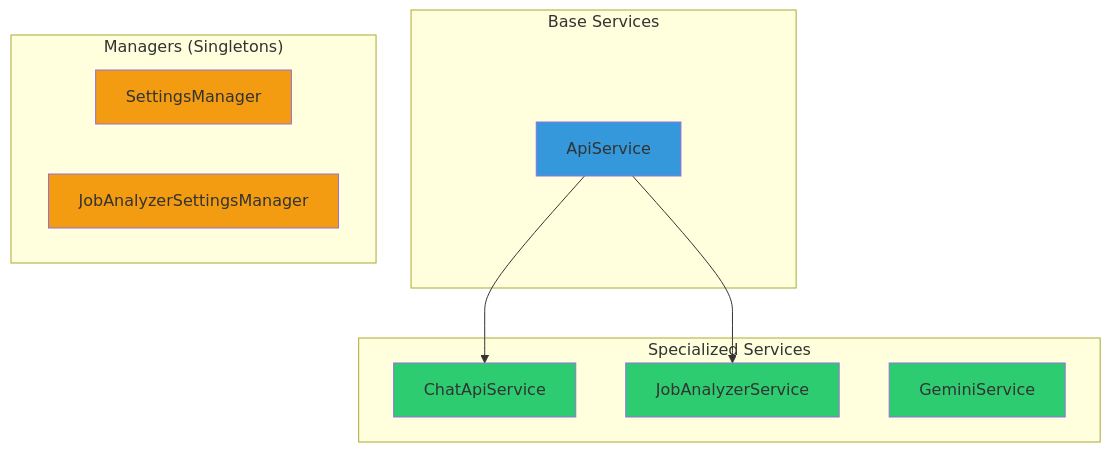
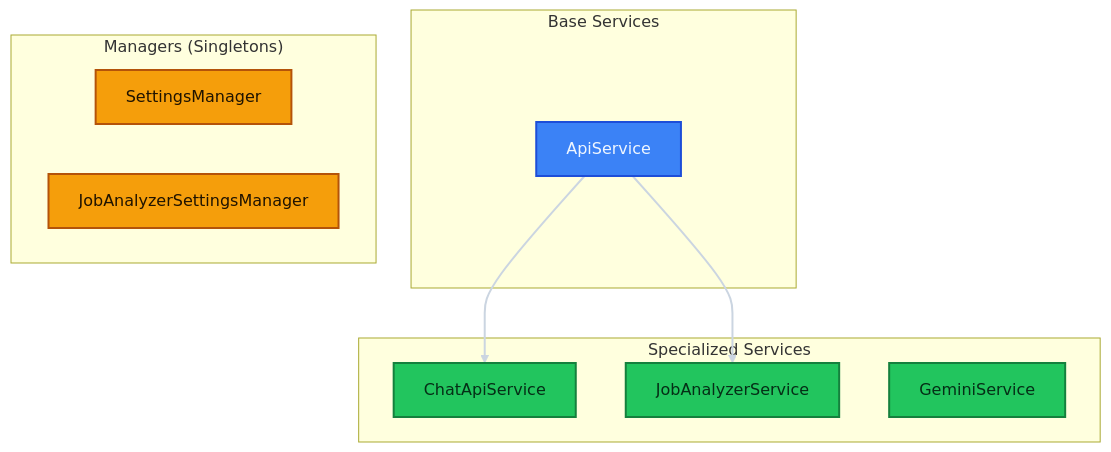
The first of 4 diagrams in docs/SERVICES.md (Xeze-org/Anie-Frontend), drawn with Mermaid before and after one commit. The commit also changed 5 other files, not shown here.

Commit message:
Update documentation styles across architecture, components, hooks, repositories, and services

````diff
--- a/docs/SERVICES.md
+++ b/docs/SERVICES.md
@@ -14,27 +14,28 @@
 ```mermaid
 graph TB
     subgraph "Base Services"
         A[ApiService]
     end
     
     subgraph "Specialized Services"
         B[ChatApiService]
         C[JobAnalyzerService]
         D[GeminiService]
     end
     
     subgraph "Managers (Singletons)"
         E[SettingsManager]
         F[JobAnalyzerSettingsManager]
     end
     
     A --> B
     A --> C
     
-    style A fill:#3498db
-    style B fill:#2ecc71
-    style C fill:#2ecc71
-    style D fill:#2ecc71
-    style E fill:#f39c12
-    style F fill:#f39c12
+    style A fill:#3b82f6,stroke:#1d4ed8,stroke-width:2px,color:#eff6ff
+    style B fill:#22c55e,stroke:#15803d,stroke-width:2px,color:#052e16
+    style C fill:#22c55e,stroke:#15803d,stroke-width:2px,color:#052e16
+    style D fill:#22c55e,stroke:#15803d,stroke-width:2px,color:#052e16
+    style E fill:#f59e0b,stroke:#b45309,stroke-width:2px,color:#1f1300
+    style F fill:#f59e0b,stroke:#b45309,stroke-width:2px,color:#1f1300
+    linkStyle default stroke:#cbd5e1,stroke-width:2px
 ```
````
